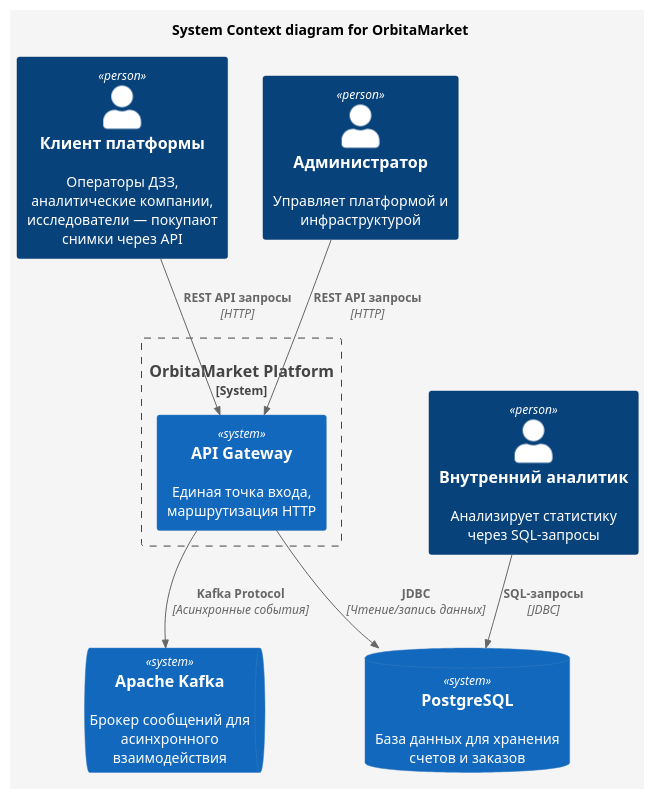
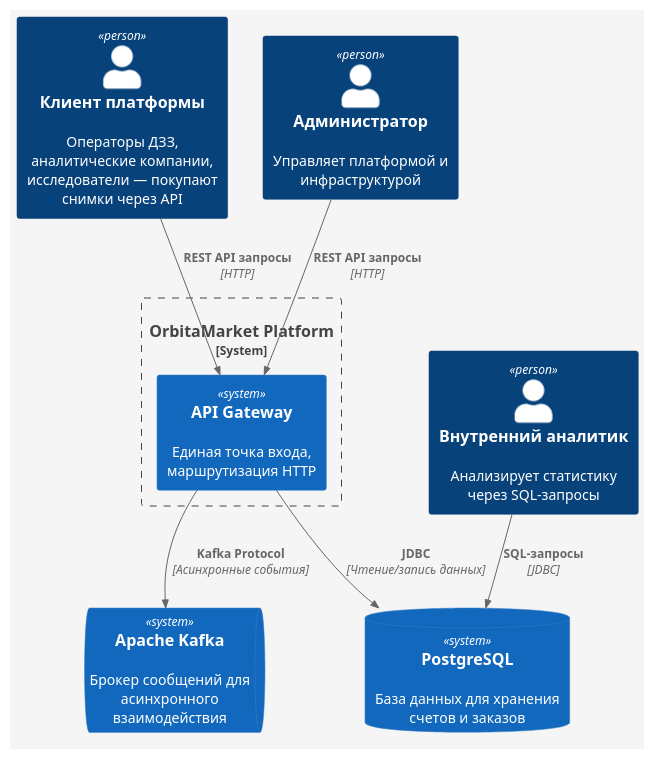
One commit to Nikita20q/OrbitaMarket changed the diagram in docs/C4-context.puml. Above: the diagram before and after it, drawn with PlantUML. The commit also changed 2 other files, not shown here.

```diff
--- a/docs/C4-context.puml
+++ b/docs/C4-context.puml
@@ -1,27 +1,25 @@
 @startuml
 !include https://raw.githubusercontent.com/plantuml-stdlib/C4-PlantUML/master/C4_Context.puml
-
-title System Context diagram for OrbitaMarket
 
 skinparam backgroundColor #F5F5F5
 
 Person(client, "Клиент платформы", "Операторы ДЗЗ, аналитические компании, исследователи — покупают снимки через API")
 Person(analyst, "Внутренний аналитик", "Анализирует статистику через SQL-запросы")
 Person(admin, "Администратор", "Управляет платформой и инфраструктурой")
 
 System_Boundary(orbitamarket, "OrbitaMarket Platform") {
     System(gateway, "API Gateway", "Единая точка входа, маршрутизация HTTP")
 }
 
 SystemDb(postgres, "PostgreSQL", "База данных для хранения счетов и заказов")
 SystemQueue(kafka, "Apache Kafka", "Брокер сообщений для асинхронного взаимодействия")
 
 Rel(client, gateway, "REST API запросы", "HTTP")
 Rel(admin, gateway, "REST API запросы", "HTTP")
 
 Rel(analyst, postgres, "SQL-запросы", "JDBC")
 
 Rel(gateway, postgres, "JDBC", "Чтение/запись данных")
 Rel(gateway, kafka, "Kafka Protocol", "Асинхронные события")
 
 @enduml
```
